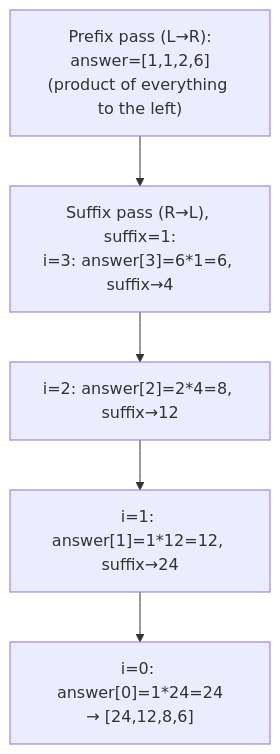
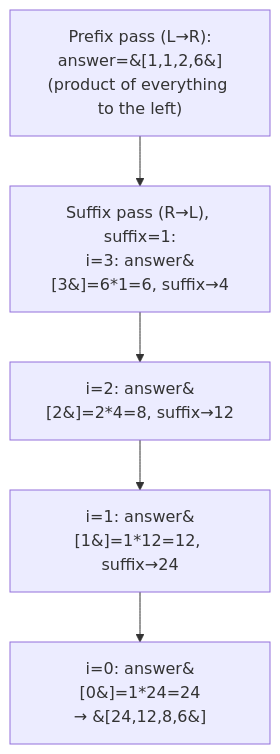
The diagram in topics/01-arrays-hashing/06-product-of-array-except-self/README.md (Aryan-Jadon18/dsa-placement-prep), drawn with Mermaid before and after one commit. The commit also changed 52 other files, not shown here.

First line of the commit message:
Fix Mermaid diagrams not rendering on GitHub

````diff
--- a/topics/01-arrays-hashing/06-product-of-array-except-self/README.md
+++ b/topics/01-arrays-hashing/06-product-of-array-except-self/README.md
@@ -43,7 +43,7 @@
 ```mermaid
 flowchart TD
-    A["Prefix pass (L→R):<br/>answer=[1,1,2,6]<br/>(product of everything to the left)"] --> B["Suffix pass (R→L), suffix=1:<br/>i=3: answer[3]=6*1=6, suffix→4"]
-    B --> C["i=2: answer[2]=2*4=8, suffix→12"]
-    C --> D["i=1: answer[1]=1*12=12, suffix→24"]
-    D --> E["i=0: answer[0]=1*24=24<br/>→ [24,12,8,6]"]
+    A["Prefix pass (L→R):<br/>answer=&#91;1,1,2,6&#93;<br/>(product of everything to the left)"] --> B["Suffix pass (R→L), suffix=1:<br/>i=3: answer&#91;3&#93;=6*1=6, suffix→4"]
+    B --> C["i=2: answer&#91;2&#93;=2*4=8, suffix→12"]
+    C --> D["i=1: answer&#91;1&#93;=1*12=12, suffix→24"]
+    D --> E["i=0: answer&#91;0&#93;=1*24=24<br/>→ &#91;24,12,8,6&#93;"]
 ```
````
